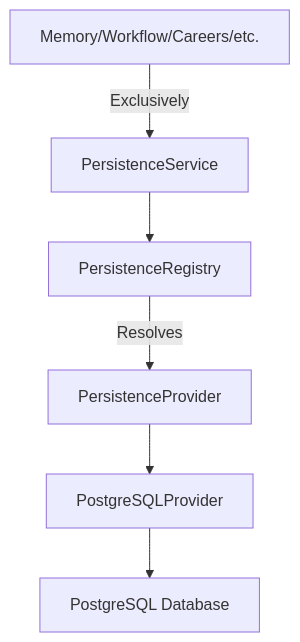
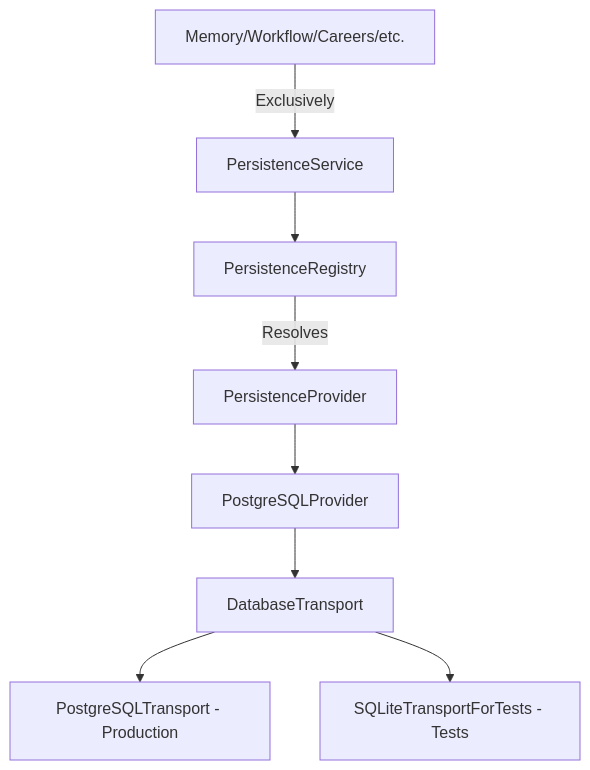
Before and after one commit to Anzar0904/Aios: the diagram in docs/persistence/ARCHITECTURE_DISCOVERY.md, drawn with Mermaid. The commit also changed other lines of this file and 7 other files, not shown here.

Commit message:
refactor(persistence): isolate SQLite to tests and implement DatabaseTransport

````diff
--- a/docs/persistence/ARCHITECTURE_DISCOVERY.md
+++ b/docs/persistence/ARCHITECTURE_DISCOVERY.md
@@ -35,8 +35,10 @@
 ```mermaid
 graph TD
     Subsystems[Memory/Workflow/Careers/etc.] -->|Exclusively| PersistenceService
     PersistenceService --> PersistenceRegistry
     PersistenceRegistry -->|Resolves| PersistenceProvider
     PersistenceProvider --> PostgreSQLProvider
-    PostgreSQLProvider --> PostgreSQL[PostgreSQL Database]
+    PostgreSQLProvider --> DatabaseTransport
+    DatabaseTransport --> PostgreSQLTransport[PostgreSQLTransport - Production]
+    DatabaseTransport --> SQLiteTransportForTests[SQLiteTransportForTests - Tests]
 ```
````
